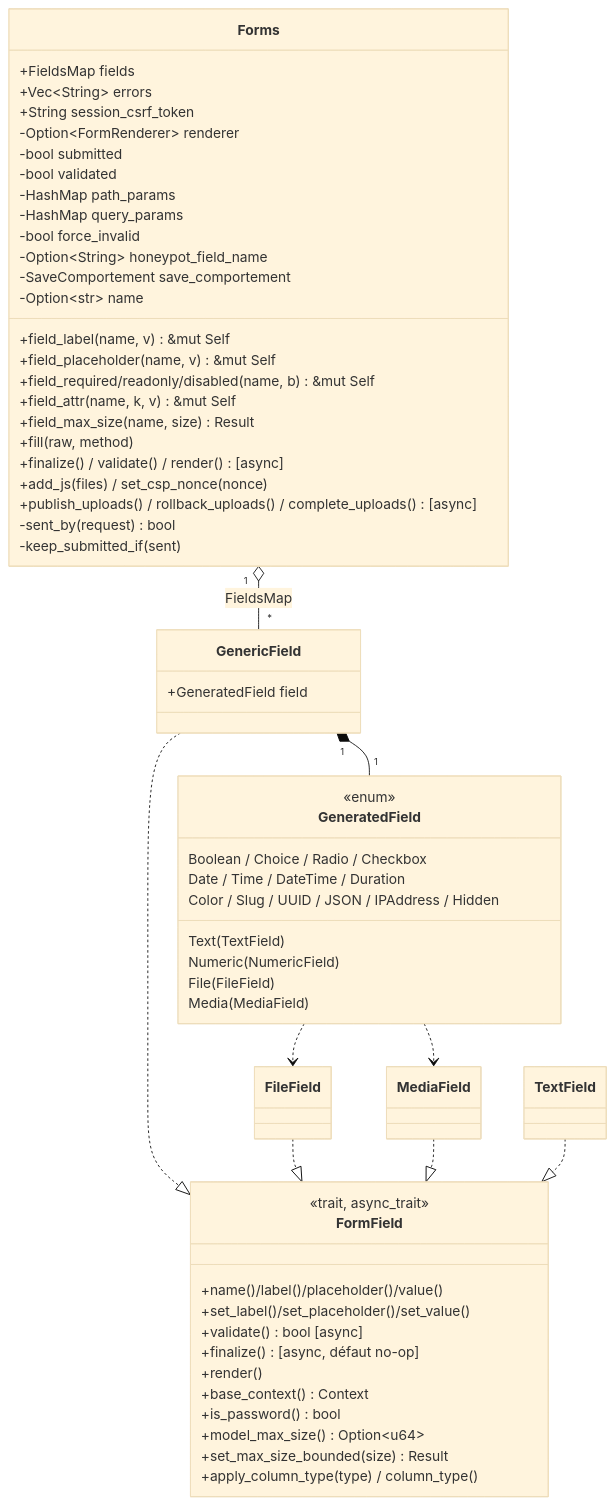
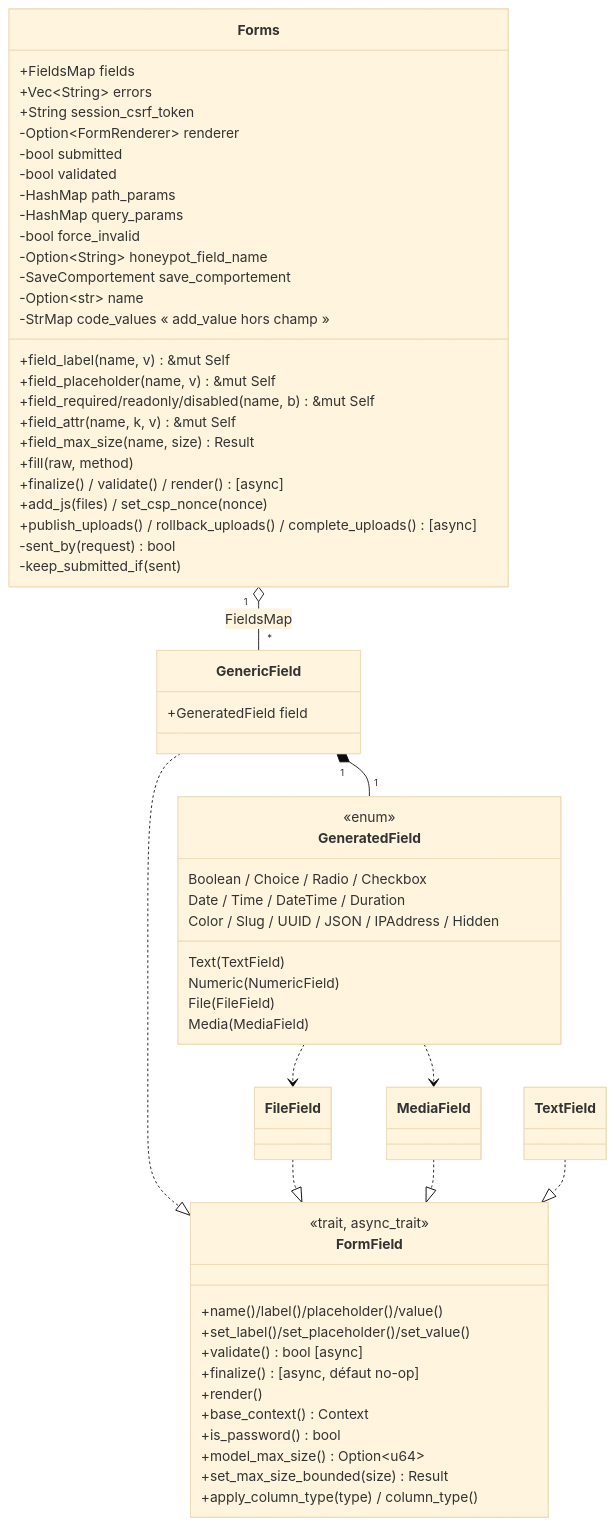
The first of 2 diagrams in diagramme/uml/forms/formulaires.md (seb-alliot/runique), drawn with Mermaid (base theme) before and after one commit. The commit also changed other lines of this file and 57 other files, not shown here.

Commit message:
fix few bug && diagramme

````diff
--- a/diagramme/uml/forms/formulaires.md
+++ b/diagramme/uml/forms/formulaires.md
@@ -8,62 +8,63 @@
 ```mermaid
 classDiagram
     class Forms {
         +FieldsMap fields
         +Vec~String~ errors
         +String session_csrf_token
         -Option~FormRenderer~ renderer
         -bool submitted
         -bool validated
         -HashMap path_params
         -HashMap query_params
         -bool force_invalid
         -Option~String~ honeypot_field_name
         -SaveComportement save_comportement
         -Option~str~ name
+        -StrMap code_values  « add_value hors champ »
         +field_label(name, v) &mut Self
         +field_placeholder(name, v) &mut Self
         +field_required/readonly/disabled(name, b) &mut Self
         +field_attr(name, k, v) &mut Self
         +field_max_size(name, size) Result
         +fill(raw, method)
         +finalize() / validate() / render() [async]
         +add_js(files) / set_csp_nonce(nonce)
         +publish_uploads() / rollback_uploads() / complete_uploads() [async]
         -sent_by(request) bool
         -keep_submitted_if(sent)
     }
     class FormField {
         <<trait, async_trait>>
         +name()/label()/placeholder()/value()
         +set_label()/set_placeholder()/set_value()
         +validate() bool [async]
         +finalize() [async, défaut no-op]
         +render()
         +base_context() Context
         +is_password() bool
         +model_max_size() Option~u64~
         +set_max_size_bounded(size) Result
         +apply_column_type(type) / column_type()
     }
     class GenericField {
         +GeneratedField field
     }
     class GeneratedField {
         <<enum>>
         Text(TextField)
         Numeric(NumericField)
         File(FileField)
         Media(MediaField)
         Boolean / Choice / Radio / Checkbox
         Date / Time / DateTime / Duration
         Color / Slug / UUID / JSON / IPAddress / Hidden
     }
     Forms "1" o-- "*" GenericField : FieldsMap
     GenericField "1" *-- "1" GeneratedField
     GenericField ..|> FormField
     GeneratedField ..> FileField
     GeneratedField ..> MediaField
     FileField ..|> FormField
     MediaField ..|> FormField
     TextField ..|> FormField
 ```
````
